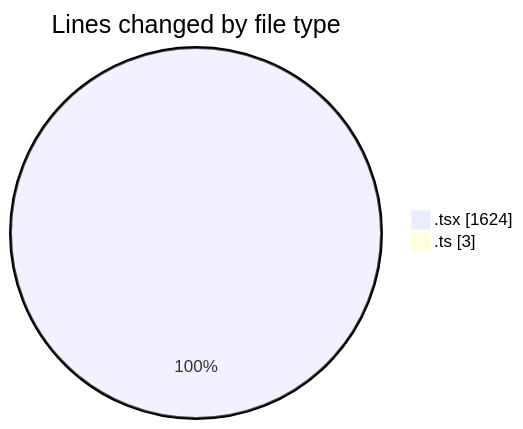
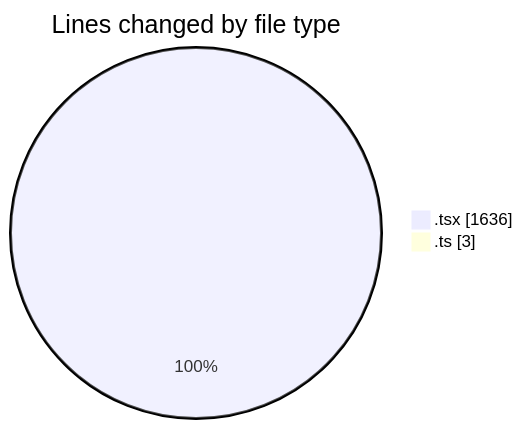
The first of 2 diagrams in 2025-02-12/cda/README.md (momahboobian/code-tracking), drawn with Mermaid before and after one commit. The commit also changed other lines of this file and 1 other file, not shown here.

````diff
--- a/2025-02-12/cda/README.md
+++ b/2025-02-12/cda/README.md
@@ -23,6 +23,6 @@
 ```mermaid
 pie showData
 title Lines changed by file type
-".tsx" : 1624
+".tsx" : 1636
 ".ts" : 3
 ```
````
